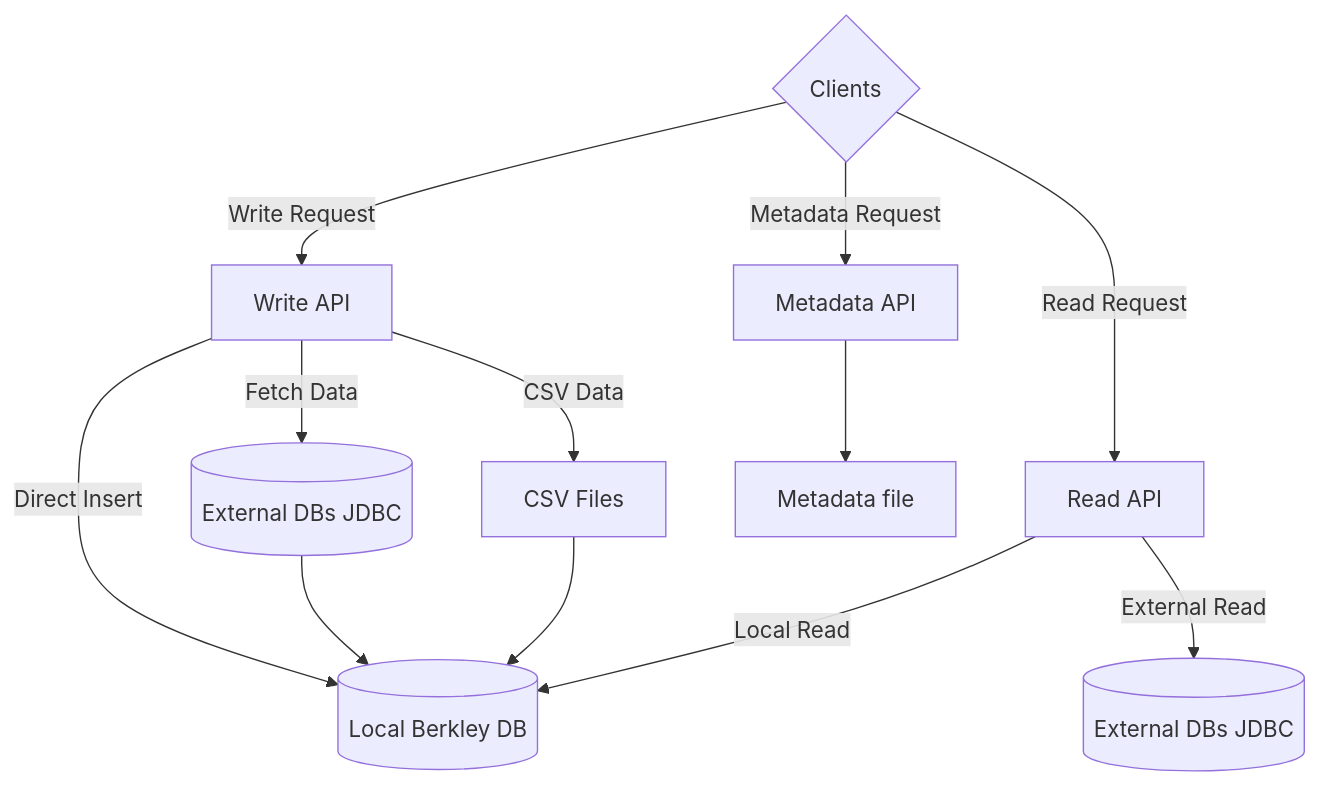
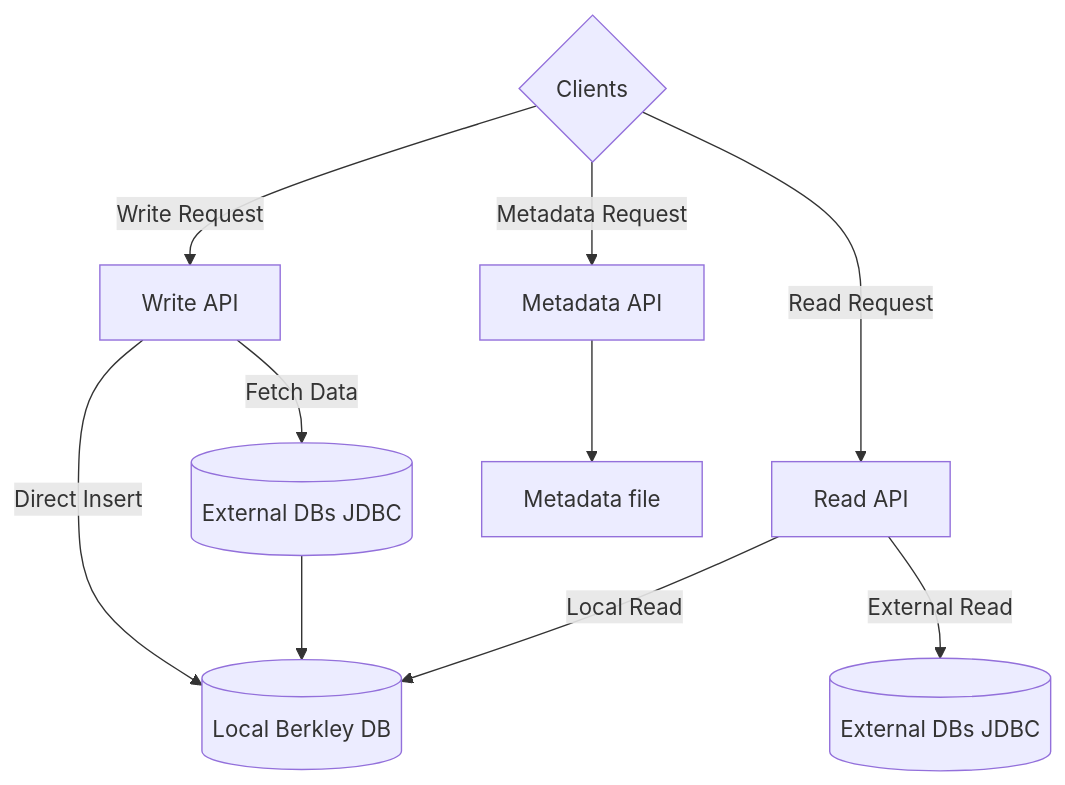
One commit to akardapolov/dimension-db changed the first of 2 diagrams in README.md. Above: the diagram before and after it, drawn with Mermaid. The commit also changed other lines of this file and 49 other files, not shown here.

````diff
--- a/README.md
+++ b/README.md
@@ -364,18 +364,16 @@
 ```mermaid
 flowchart TD
   Client{Clients}
   Client -->|Write Request| DStore_Write_Interface[Write API]
   Client -->|Read Request| DStore_Read_Interface[Read API]
   Client -->|Metadata Request| MetadataAPI[Metadata API]
 
   DStore_Write_Interface --> |Direct Insert| LocalBerkleyDB[(Local Berkley DB)]
   DStore_Write_Interface --> |Fetch Data| ExternalDB_Write[(External DBs JDBC)]
   ExternalDB_Write --> LocalBerkleyDB
-  DStore_Write_Interface --> |CSV Data| CSV_Source[CSV Files]
-  CSV_Source --> LocalBerkleyDB
 
   DStore_Read_Interface --> |Local Read| LocalBerkleyDB
   DStore_Read_Interface --> |External Read| ExternalDB_Read[(External DBs JDBC)]
 
   MetadataAPI --> MetadataStore[Metadata file]
 ```
````
